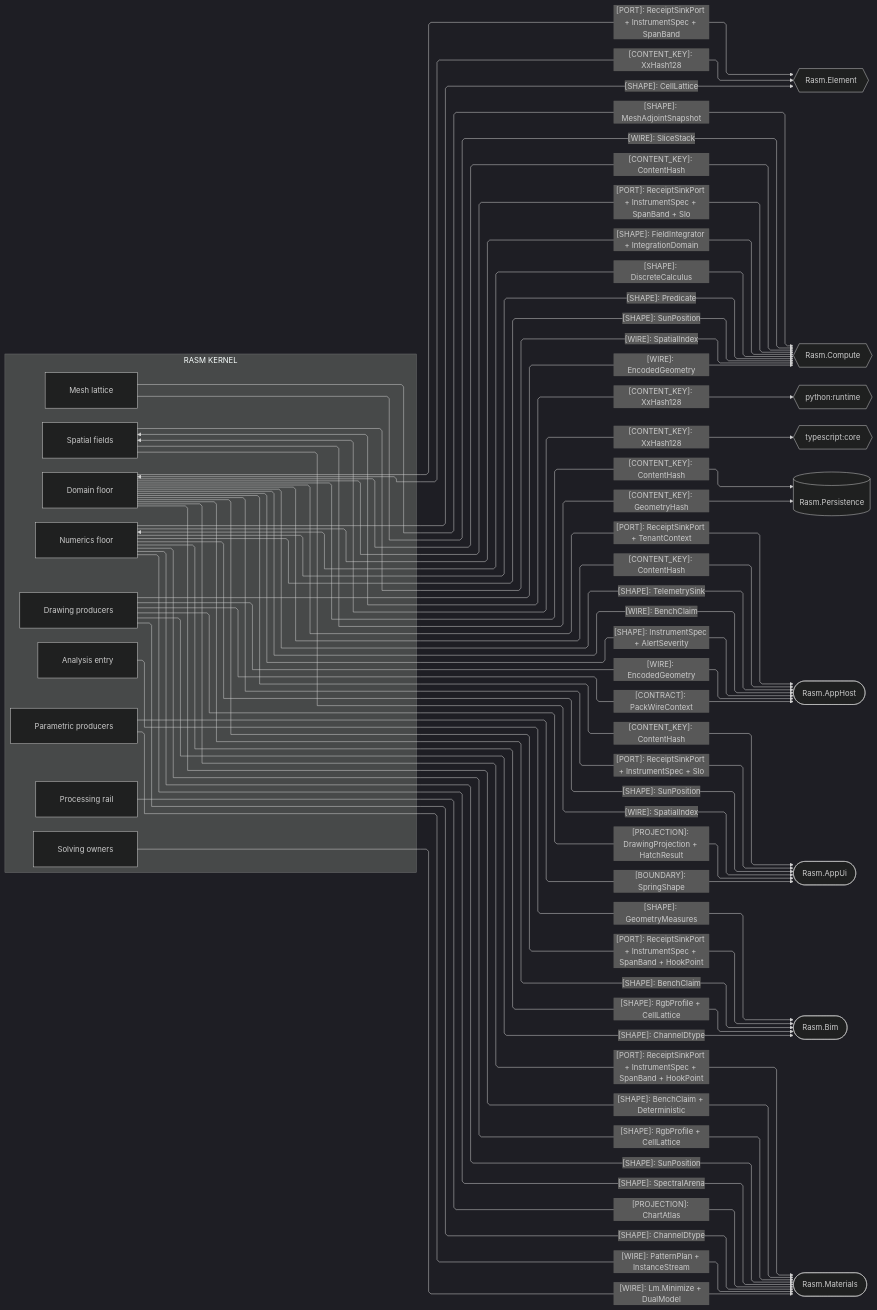
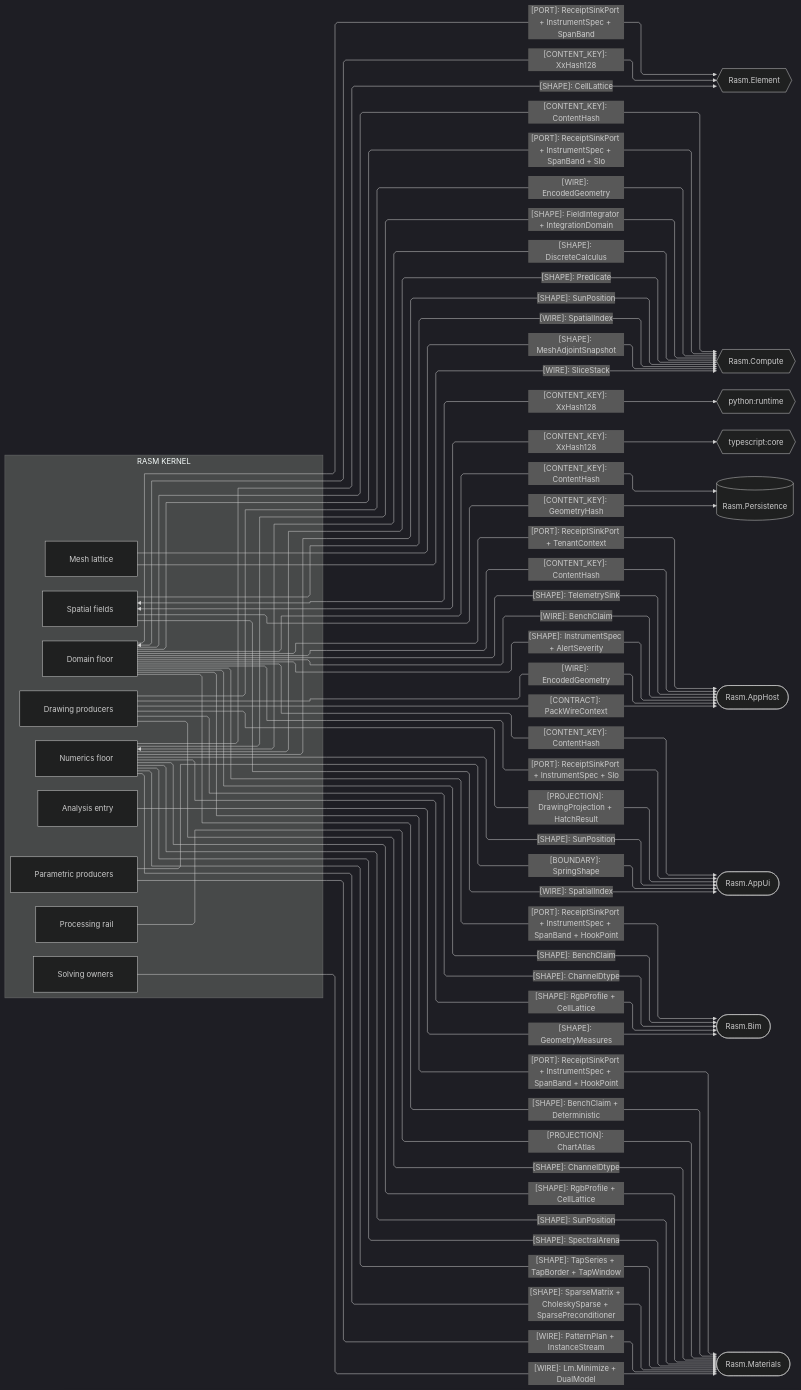
The second of 4 diagrams in libs/csharp/Rasm/ARCHITECTURE.md (bsamiee/Rasm), drawn with Mermaid (dark theme) before and after one commit. The commit also changed other lines of this file and 24 other files, not shown here.

````diff
--- a/libs/csharp/Rasm/ARCHITECTURE.md
+++ b/libs/csharp/Rasm/ARCHITECTURE.md
@@ -149,76 +177,78 @@
 ```mermaid
 ---
 config:
   layout: elk
   flowchart:
     curve: linear
     padding: 25
 ---
 flowchart LR
     accTitle: Kernel content-key and compute-plane seams
     accDescr: Kernel owners federating content keys and handing compute, measure, and signal shapes, causal-frame ports, encoded wires, and drawing and atlas projections to same-branch and cross-runtime peers.
     subgraph rasm[RASM KERNEL]
         Domain[Domain floor]
         Numerics[Numerics floor]
         Spatial[Spatial fields]
         Meshing[Mesh lattice]
         Parametric[Parametric producers]
         Processing[Processing rail]
         Solving[Solving owners]
         Drawing[Drawing producers]
         Analysis[Analysis entry]
     end
     Element{{Rasm.Element}}
     Compute{{Rasm.Compute}}
     Runtime{{python:runtime}}
     Core{{typescript:core}}
     Persistence[(Rasm.Persistence)]
     AppHost([Rasm.AppHost])
     AppUi([Rasm.AppUi])
     Bim([Rasm.Bim])
     Materials([Rasm.Materials])
     Domain e1@<-->|"[CONTENT_KEY]: XxHash128"| Element
     Domain e2@-->|"[CONTENT_KEY]: ContentHash"| Persistence
     Domain e3@-->|"[CONTENT_KEY]: ContentHash"| Compute
     Domain e4@-->|"[CONTENT_KEY]: ContentHash"| AppHost
     Domain e5@-->|"[CONTENT_KEY]: ContentHash"| AppUi
     Spatial e6@-->|"[CONTENT_KEY]: GeometryHash"| Persistence
     Spatial e7@<-->|"[CONTENT_KEY]: XxHash128"| Runtime
     Spatial e8@<-->|"[CONTENT_KEY]: XxHash128"| Core
     Numerics e9@<-->|"[SHAPE]: DiscreteCalculus"| Compute
     Numerics e16@-->|"[SHAPE]: Predicate"| Compute
     Meshing e10@-->|"[SHAPE]: MeshAdjointSnapshot"| Compute
     Meshing e11@-->|"[WIRE]: SliceStack"| Compute
     Spatial e12@-->|"[WIRE]: SpatialIndex"| Compute
     Drawing e14@-->|"[WIRE]: EncodedGeometry"| Compute
     Drawing e15@-->|"[WIRE]: EncodedGeometry"| AppHost
     Drawing e24@-->|"[CONTRACT]: PackWireContext"| AppHost
     Domain e17@-->|"[SHAPE]: TelemetrySink"| AppHost
     Domain e18@-->|"[WIRE]: BenchClaim"| AppHost
     Domain e20@-->|"[SHAPE]: InstrumentSpec + AlertSeverity"| AppHost
     Domain e21@-->|"[PORT]: ReceiptSinkPort + TenantContext"| AppHost
     Domain e22@-->|"[PORT]: ReceiptSinkPort + InstrumentSpec + Slo"| AppUi
     Domain e23@-->|"[PORT]: ReceiptSinkPort + InstrumentSpec + SpanBand + Slo"| Compute
     Analysis e19@-->|"[SHAPE]: GeometryMeasures"| Bim
     Domain e30@-->|"[PORT]: ReceiptSinkPort + InstrumentSpec + SpanBand"| Element
     Domain e31@-->|"[PORT]: ReceiptSinkPort + InstrumentSpec + SpanBand + HookPoint"| Bim
     Domain e32@-->|"[PORT]: ReceiptSinkPort + InstrumentSpec + SpanBand + HookPoint"| Materials
     Domain e33@-->|"[SHAPE]: BenchClaim + Deterministic"| Materials
     Domain e34@-->|"[SHAPE]: BenchClaim"| Bim
     Numerics e35@-->|"[SHAPE]: CellLattice"| Element
     Numerics e36@-->|"[SHAPE]: RgbProfile + CellLattice"| Bim
     Numerics e37@-->|"[SHAPE]: RgbProfile + CellLattice"| Materials
     Numerics e25@-->|"[SHAPE]: SunPosition"| Compute
     Numerics e26@-->|"[SHAPE]: SunPosition"| AppUi
     Numerics e27@-->|"[SHAPE]: SunPosition"| Materials
     Numerics e28@-->|"[SHAPE]: SpectralArena"| Materials
+    Numerics e46@-->|"[SHAPE]: TapSeries + TapBorder + TapWindow"| Materials
+    Numerics e47@-->|"[SHAPE]: SparseMatrix + CholeskySparse + SparsePreconditioner"| Materials
     Numerics e29@-->|"[SHAPE]: FieldIntegrator + IntegrationDomain"| Compute
     Drawing e38@-->|"[PROJECTION]: DrawingProjection + HatchResult"| AppUi
     Parametric e39@-->|"[BOUNDARY]: SpringShape"| AppUi
     Spatial e40@-->|"[WIRE]: SpatialIndex"| AppUi
     Solving e41@-->|"[WIRE]: Lm.Minimize + DualModel"| Materials
     Drawing e42@-->|"[SHAPE]: ChannelDtype"| Materials
     Processing e43@-->|"[PROJECTION]: ChartAtlas"| Materials
     Parametric e44@-->|"[WIRE]: PatternPlan + InstanceStream"| Materials
     Drawing e45@-->|"[SHAPE]: ChannelDtype"| Bim
 ```
````
